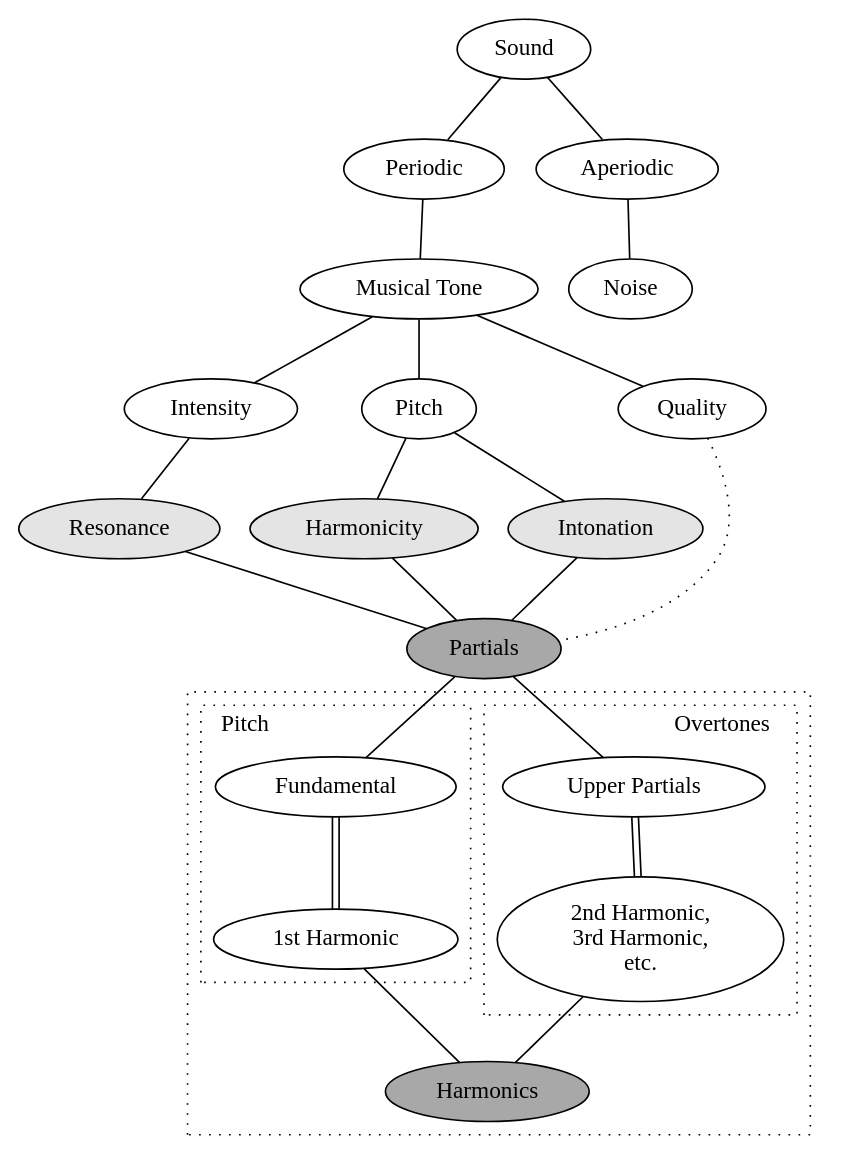
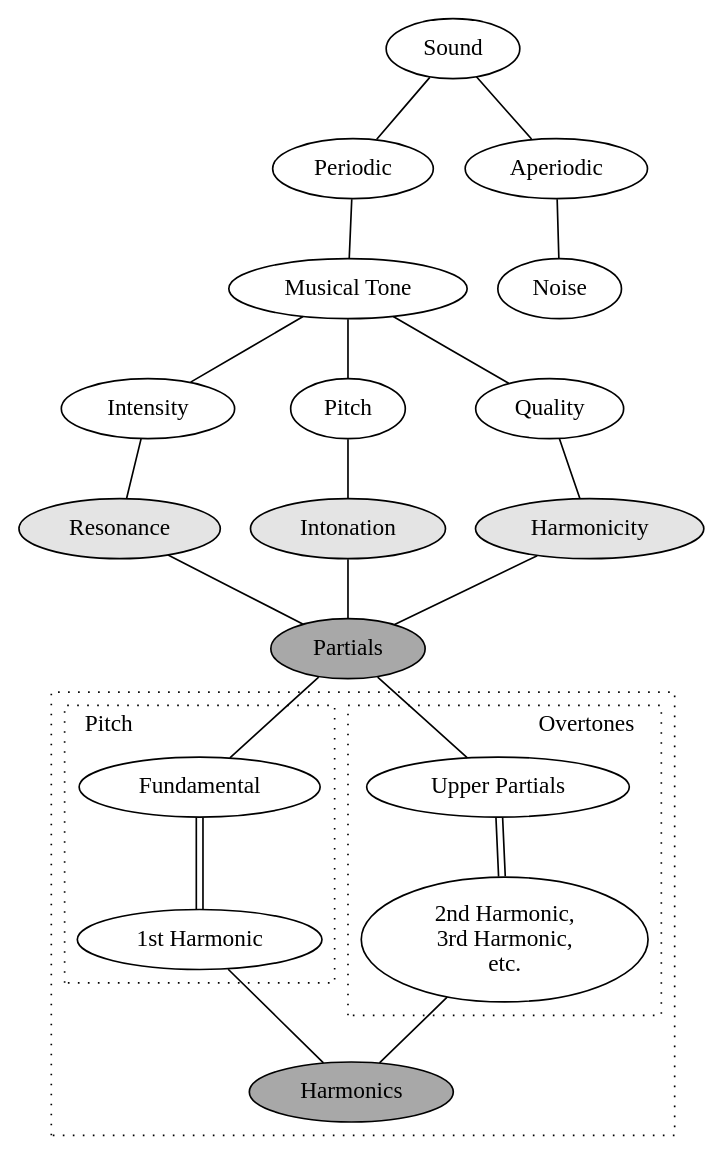
One commit to bits4waves/100daysofpractice-dataset changed the diagram in website/pages/projects/partials/partials.org. Above: the diagram before and after it, drawn with Graphviz. The commit also changed other lines of this file and 1 other file, not shown here.

Commit message:
improve digraph associaty “harmonicity” with “quality”

```diff
--- a/website/pages/projects/partials/partials.org
+++ b/website/pages/projects/partials/partials.org
@@ -10,61 +10,60 @@
 #+BEGIN_SRC dot :file img/sound-digraph.png :exports none
 digraph "sound" {
 Tone [label="Musical Tone" arrowhead=none]
 Resonance [style=filled fillcolor="#e4e4e4"]
 Harmonicity [style=filled fillcolor="#e4e4e4"]
 Intonation [style=filled fillcolor="#e4e4e4"]
 Partials [style=filled fillcolor="#a8a8a8"]
 
 subgraph cluster_partials {
     graph[style=dotted]
 
     subgraph cluster_upper_partials {
         graph[style=dotted]
         label="Overtones"
         labeljust="r"
 
         Upper_Partials [label="Upper Partials"]
         Next_Harmonics [label="2nd Harmonic,\n3rd Harmonic,\netc."]
     }
 
     subgraph cluster_fundamental {
         graph[style=dotted]
         label="Pitch"
         labeljust="l"
 
         Fundamental
         First_Harmonic [label="1st Harmonic"]
     }
 
     Fundamental -> First_Harmonic [arrowhead=none color="black:invis:black"]
     Upper_Partials -> Next_Harmonics [arrowhead=none color="black:invis:black"]
 
     Harmonics [style=filled fillcolor="#a8a8a8"]
 
     First_Harmonic -> Harmonics [arrowhead=none]
     Next_Harmonics -> Harmonics [arrowhead=none]
 }
 
 Sound -> Periodic [arrowhead=none]
 Sound -> Aperiodic [arrowhead=none]
 
 Aperiodic -> Noise [arrowhead=none]
 Periodic -> Tone [arrowhead=none]
 
 Tone -> Intensity [arrowhead=none]
 Tone -> Pitch [arrowhead=none]
 Tone -> Quality [arrowhead=none]
 
 Intensity -> Resonance [arrowhead=none]
-Pitch -> Harmonicity [arrowhead=none]
 Pitch -> Intonation [arrowhead=none]
+Quality -> Harmonicity [arrowhead=none]
 
 Resonance -> Partials [arrowhead=none]
 Harmonicity -> Partials [arrowhead=none]
 Intonation -> Partials [arrowhead=none]
-Quality -> Partials [arrowhead=none style=dotted]
 
 Partials -> Fundamental [arrowhead=none]
 Partials -> Upper_Partials [arrowhead=none]
 }
 #+END_SRC
```
